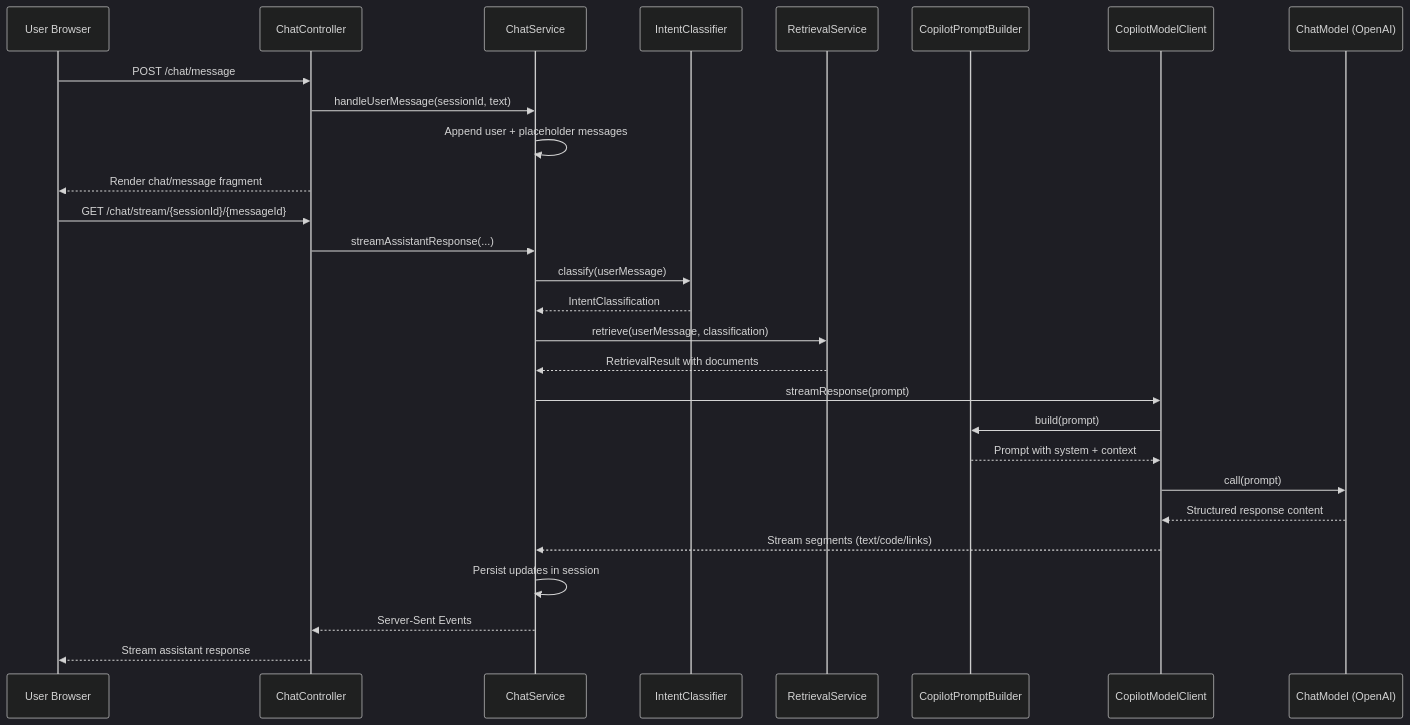
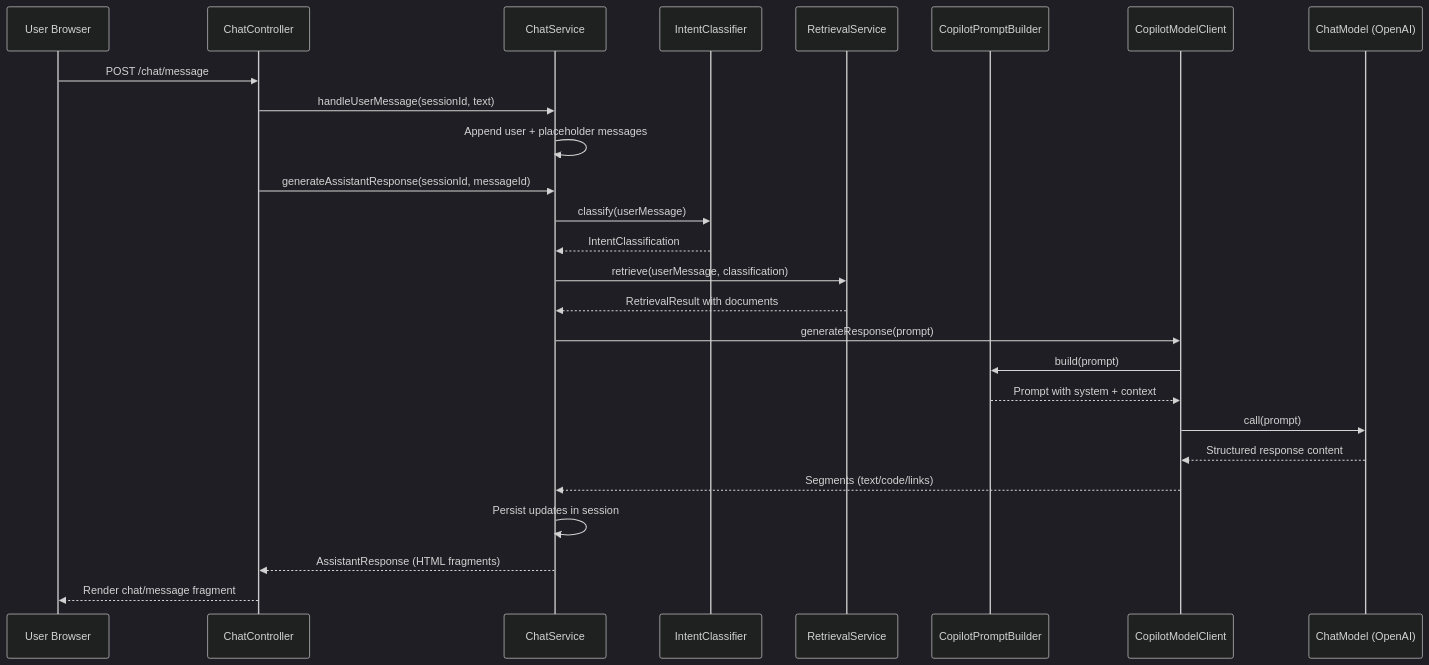
One commit to edigonzales/gretl-copilot changed the diagram in README.md. Above: the diagram before and after it, drawn with Mermaid (dark theme). The commit also changed other lines of this file and 9 other files, not shown here.

Commit message:
Replace reactive SSE flow with synchronous MVC responses

````diff
--- a/README.md
+++ b/README.md
@@ -34,32 +34,29 @@
 ```mermaid
 sequenceDiagram
     participant U as User Browser
     participant CC as ChatController
     participant CS as ChatService
     participant IC as IntentClassifier
     participant RS as RetrievalService
     participant PB as CopilotPromptBuilder
     participant MC as CopilotModelClient
     participant LLM as ChatModel (OpenAI)
 
     U->>CC: POST /chat/message
     CC->>CS: handleUserMessage(sessionId, text)
     CS->>CS: Append user + placeholder messages
-    CC-->>U: Render chat/message fragment
-
-    U->>CC: GET /chat/stream/{sessionId}/{messageId}
-    CC->>CS: streamAssistantResponse(...)
+    CC->>CS: generateAssistantResponse(sessionId, messageId)
     CS->>IC: classify(userMessage)
     IC-->>CS: IntentClassification
     CS->>RS: retrieve(userMessage, classification)
     RS-->>CS: RetrievalResult with documents
-    CS->>MC: streamResponse(prompt)
+    CS->>MC: generateResponse(prompt)
     MC->>PB: build(prompt)
     PB-->>MC: Prompt with system + context
     MC->>LLM: call(prompt)
     LLM-->>MC: Structured response content
-    MC-->>CS: Stream segments (text/code/links)
+    MC-->>CS: Segments (text/code/links)
     CS->>CS: Persist updates in session
-    CS-->>CC: Server-Sent Events
-    CC-->>U: Stream assistant response
+    CS-->>CC: AssistantResponse (HTML fragments)
+    CC-->>U: Render chat/message fragment
 ```
````
